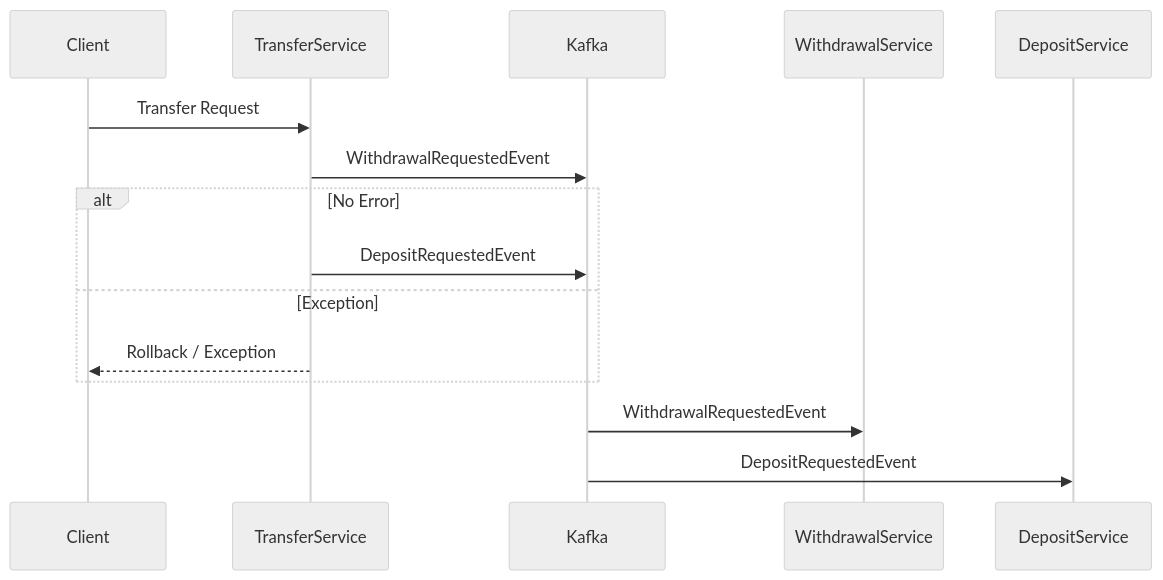
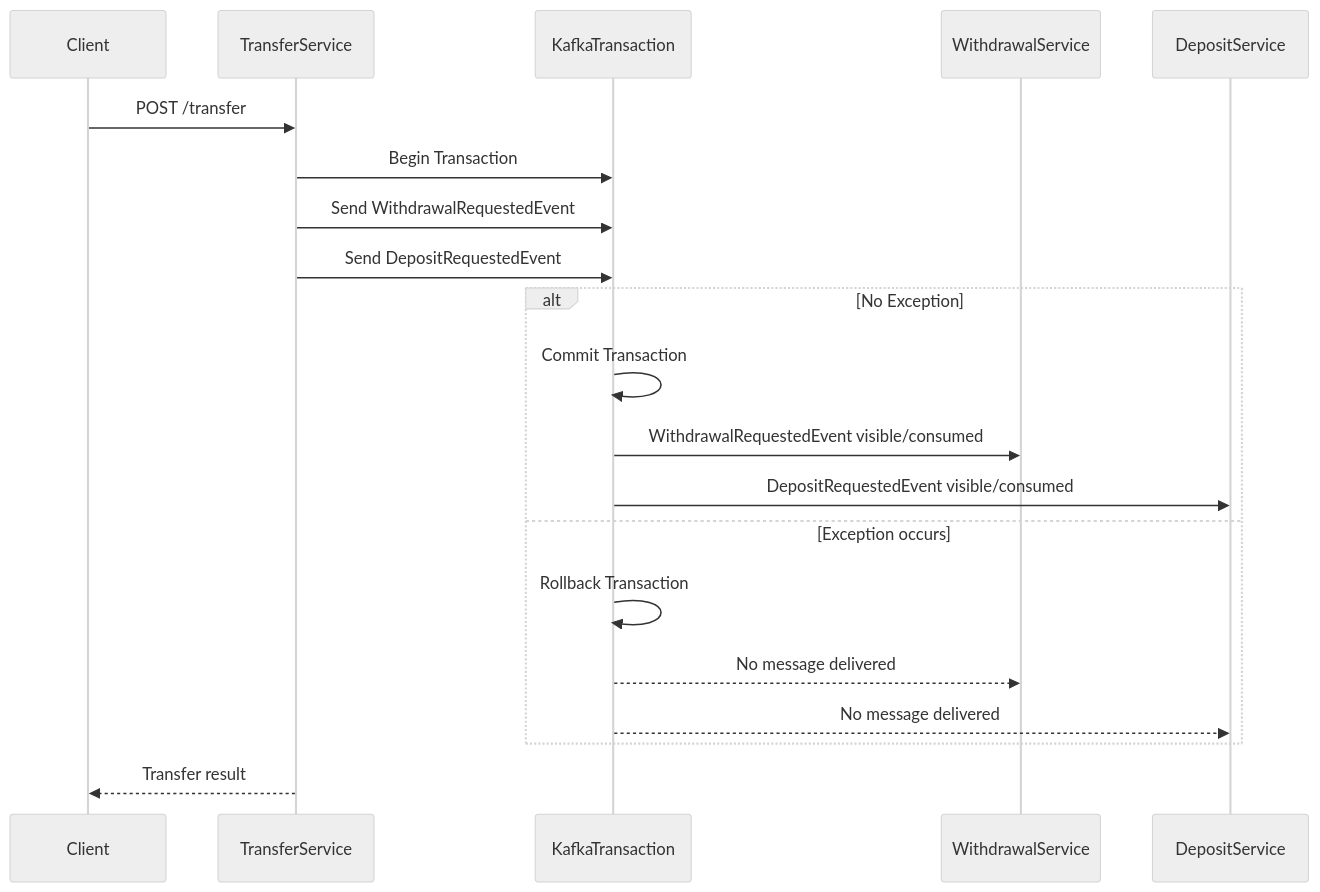
Before and after one commit to mariamgaber/kafka-transactions-demo: the diagram in README.md, drawn with Mermaid (neutral theme). The commit also changed other lines of this file, not shown here.

Commit message:
Revise Kafka transaction flow in README
Updated the Kafka transaction flow diagram to reflect changes in event handling and transaction management.

````diff
--- a/README.md
+++ b/README.md
@@ -57,21 +59,26 @@
 ```mermaid
 sequenceDiagram
     participant Client
     participant TransferService
-    participant Kafka
+    participant KafkaTransaction
     participant WithdrawalService
     participant DepositService
 
-    Client->>TransferService: Transfer Request
+    Client->>TransferService: POST /transfer
+    TransferService->>KafkaTransaction: Begin Transaction
 
-    TransferService->>Kafka: WithdrawalRequestedEvent
+    TransferService->>KafkaTransaction: Send WithdrawalRequestedEvent
+    TransferService->>KafkaTransaction: Send DepositRequestedEvent
 
-    alt No Error
-        TransferService->>Kafka: DepositRequestedEvent
-    else Exception
-        TransferService-->>Client: Rollback / Exception
+    alt No Exception
+        KafkaTransaction->>KafkaTransaction: Commit Transaction
+        KafkaTransaction->>WithdrawalService: WithdrawalRequestedEvent visible/consumed
+        KafkaTransaction->>DepositService: DepositRequestedEvent visible/consumed
+    else Exception occurs
+        KafkaTransaction->>KafkaTransaction: Rollback Transaction
+        KafkaTransaction-->>WithdrawalService: No message delivered
+        KafkaTransaction-->>DepositService: No message delivered
     end
 
-    Kafka->>WithdrawalService: WithdrawalRequestedEvent
-    Kafka->>DepositService: DepositRequestedEvent
+    TransferService-->>Client: Transfer result
 ```
````
